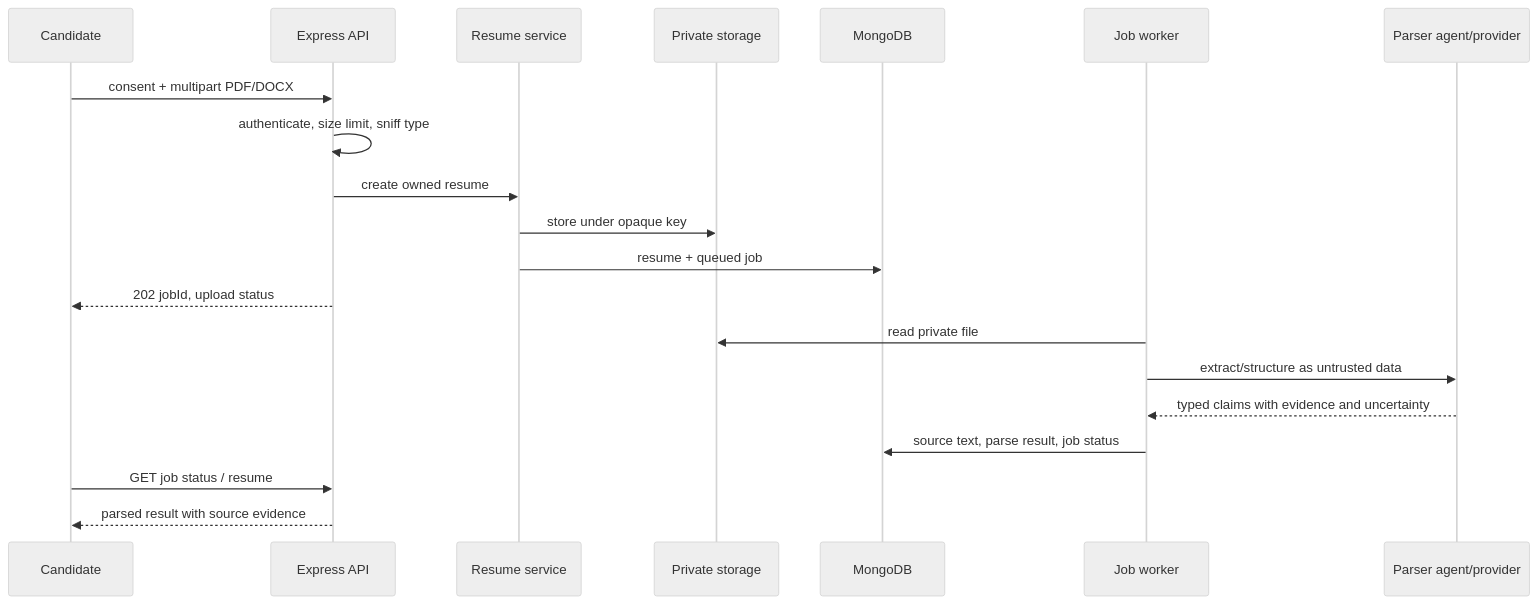
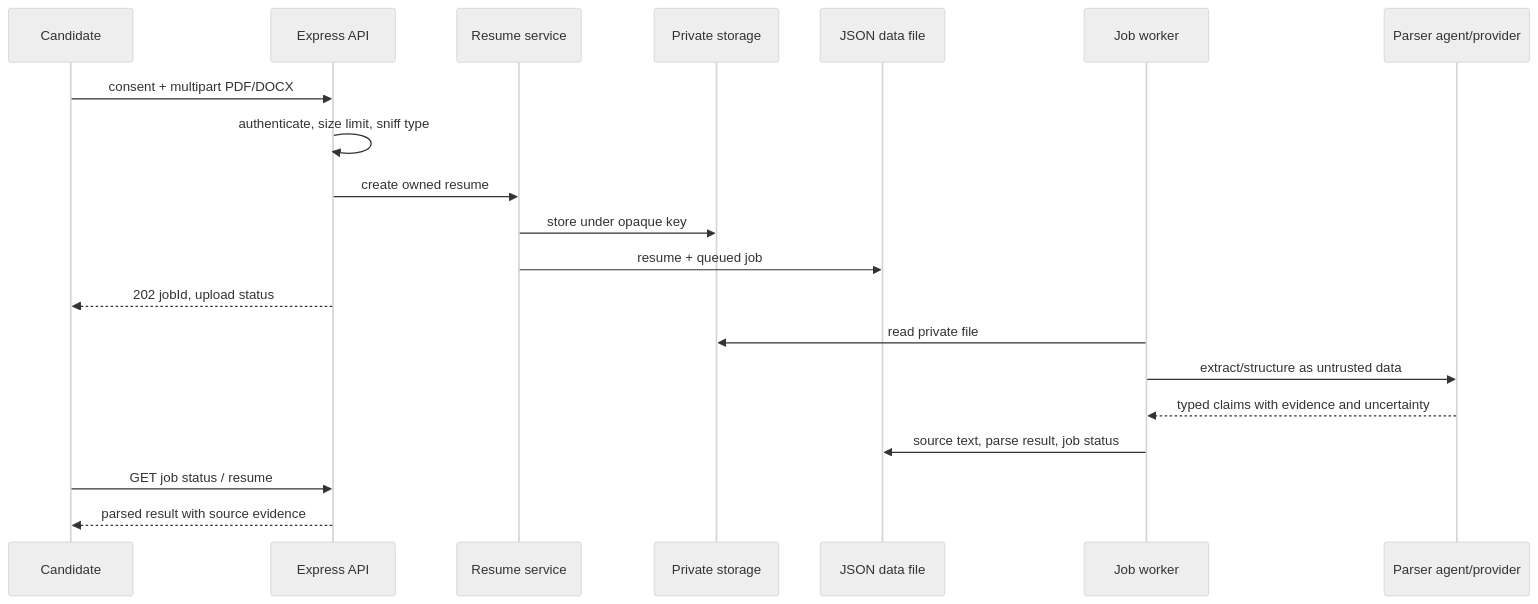
Before and after one commit to busisiweMailula/AI_Coach: the first of 2 diagrams in docs/architecture/Data-Flow.md, drawn with Mermaid (neutral theme). The commit also changed other lines of this file and 68 other files, not shown here.

````diff
--- a/docs/architecture/Data-Flow.md
+++ b/docs/architecture/Data-Flow.md
@@ -5,22 +5,22 @@
 ```mermaid
 sequenceDiagram
   participant C as Candidate
   participant API as Express API
   participant S as Resume service
   participant F as Private storage
-  participant DB as MongoDB
+  participant DB as JSON data file
   participant W as Job worker
   participant P as Parser agent/provider
   C->>API: consent + multipart PDF/DOCX
   API->>API: authenticate, size limit, sniff type
   API->>S: create owned resume
   S->>F: store under opaque key
   S->>DB: resume + queued job
   API-->>C: 202 jobId, upload status
   W->>F: read private file
   W->>P: extract/structure as untrusted data
   P-->>W: typed claims with evidence and uncertainty
   W->>DB: source text, parse result, job status
   C->>API: GET job status / resume
   API-->>C: parsed result with source evidence
 ```
````
